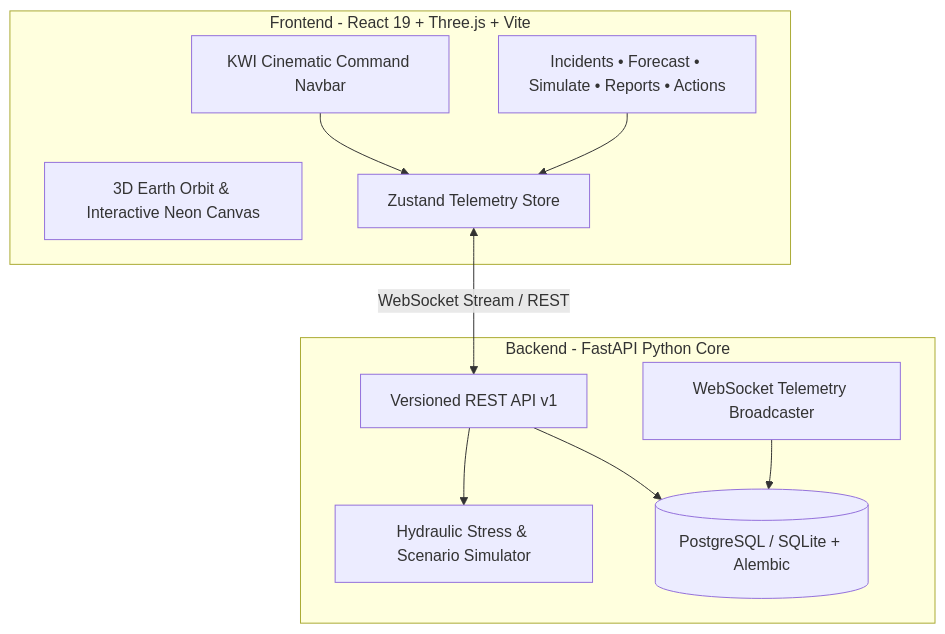
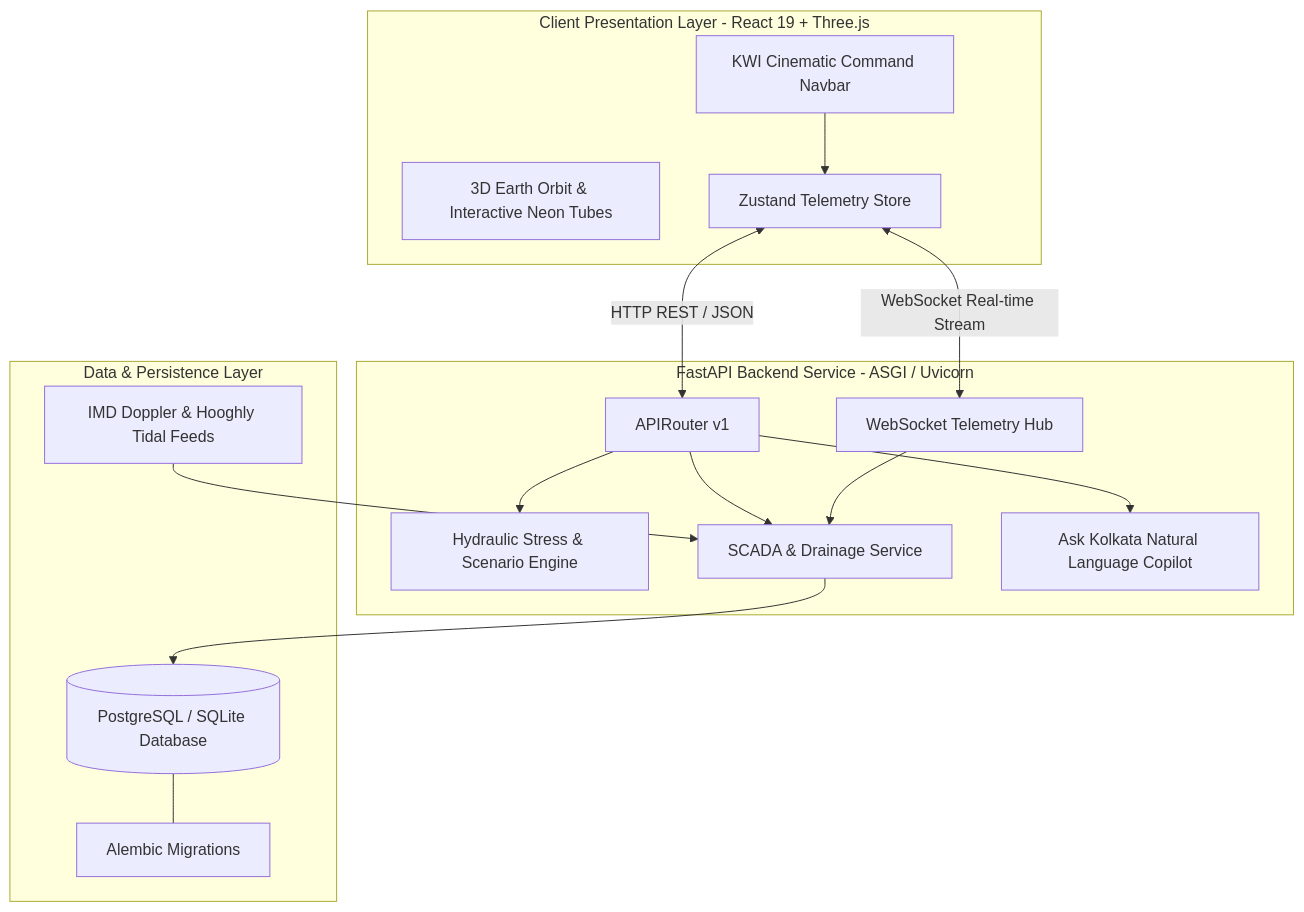
Before and after one commit to Asish2404/Nivara: the diagram in README.md, drawn with Mermaid. The commit also changed other lines of this file, not shown here.

Commit message:
docs: update README with detailed FastAPI architecture, API telemetry matrix, and enhanced project descriptions.

````diff
--- a/README.md
+++ b/README.md
@@ -50,23 +64,33 @@
 ```mermaid
 graph TD
-    subgraph Client [Frontend - React 19 + Three.js + Vite]
-        UI[KWI Cinematic Command Navbar]
-        WebGL[3D Earth Orbit & Interactive Neon Canvas]
+    subgraph Client [Client Presentation Layer - React 19 + Three.js]
+        Navbar[KWI Cinematic Command Navbar]
+        Canvas[3D Earth Orbit & Interactive Neon Tubes]
         Store[Zustand Telemetry Store]
-        Views[Incidents • Forecast • Simulate • Reports • Actions]
     end
 
-    subgraph Server [Backend - FastAPI Python Core]
-        API[Versioned REST API v1]
-        WS[WebSocket Telemetry Broadcaster]
-        Engines[Hydraulic Stress & Scenario Simulator]
-        DB[(PostgreSQL / SQLite + Alembic)]
+    subgraph FastAPI_Backend [FastAPI Backend Service - ASGI / Uvicorn]
+        Router[APIRouter v1]
+        SimEngine[Hydraulic Stress & Scenario Engine]
+        TelemetryService[SCADA & Drainage Service]
+        CopilotEngine[Ask Kolkata Natural Language Copilot]
+        WSServer[WebSocket Telemetry Hub]
     end
 
-    UI --> Store
-    Views --> Store
-    Store <-->|WebSocket Stream / REST| API
-    API --> Engines
-    API --> DB
-    WS --> DB
+    subgraph Data_Layer [Data & Persistence Layer]
+        DB[(PostgreSQL / SQLite Database)]
+        Alembic[Alembic Migrations]
+        RadarFeed[IMD Doppler & Hooghly Tidal Feeds]
+    end
+
+    Navbar --> Store
+    Store <-->|HTTP REST / JSON| Router
+    Store <-->|WebSocket Real-time Stream| WSServer
+    Router --> TelemetryService
+    Router --> SimEngine
+    Router --> CopilotEngine
+    TelemetryService --> DB
+    WSServer --> TelemetryService
+    RadarFeed --> TelemetryService
+    DB --- Alembic
 ```
````
